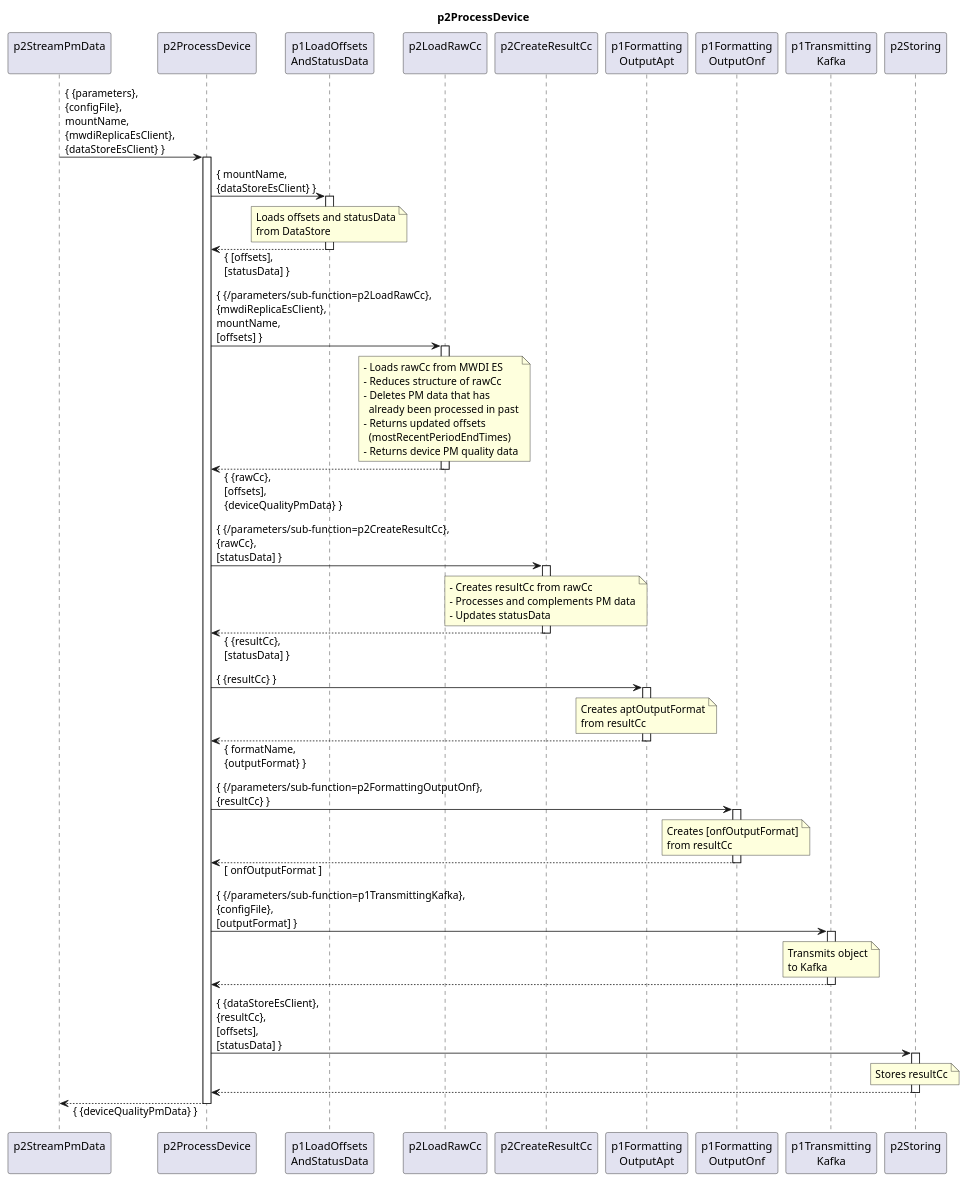
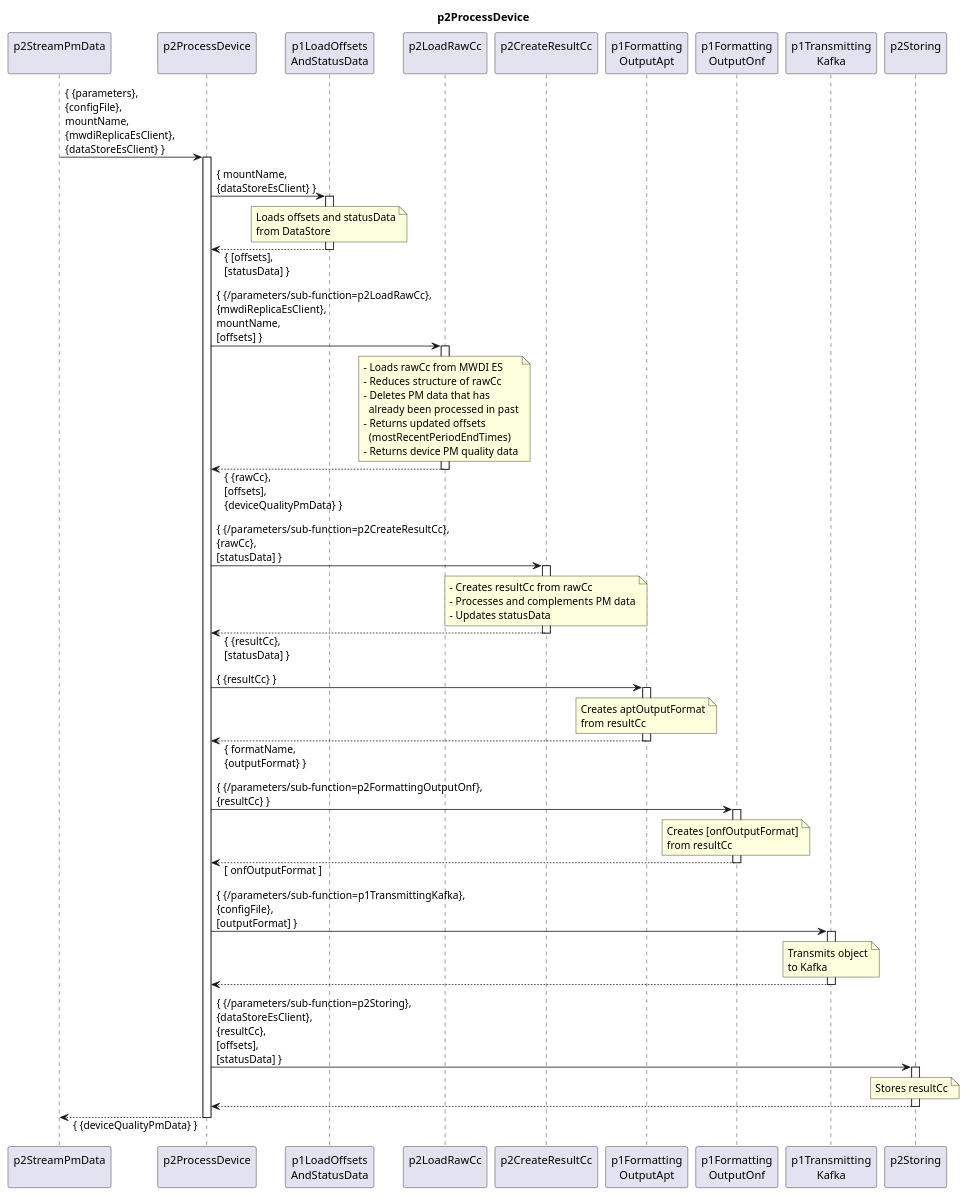
One commit to openBackhaul/DevicePerformanceManagementDataProcessor changed the diagram in spec/Functions/p2StreamPmData/p2ProcessDevice/1.0.0/p2ProcessDevice.plantuml. Above: the diagram before and after it, drawn with PlantUML. The commit also changed 20 other files, not shown here.

```diff
--- a/spec/Functions/p2StreamPmData/p2ProcessDevice/1.0.0/p2ProcessDevice.plantuml
+++ b/spec/Functions/p2StreamPmData/p2ProcessDevice/1.0.0/p2ProcessDevice.plantuml
@@ -1,114 +1,114 @@
 @startuml p2ProcessDevice
 skinparam responseMessageBelowArrow true
 
 title
   p2ProcessDevice
 end title
 
 participant "p2StreamPmData\n" as requestor
 participant "p2ProcessDevice\n" as cur
 participant "p1LoadOffsets\nAndStatusData" as p1Offset
 participant "p2LoadRawCc\n" as p2AddRaw
 participant "p2CreateResultCc\n" as p2CreateResCc
 participant "p1Formatting\nOutputApt" as p1OutputApt
 participant "p1Formatting\nOutputOnf" as p1OutputOnf
 participant "p1Transmitting\nKafka" as p1Trans
 participant "p2Storing\n" as p2Store
 
 requestor -> cur : { {parameters},\n{configFile},\nmountName,\n{mwdiReplicaEsClient},\n{dataStoreEsClient} }
 activate cur
 
   'LoadOffsetsAndStatusData
   cur -> p1Offset: { mountName,\n{dataStoreEsClient} }
   activate p1Offset
 
     note over p1Offset
       Loads offsets and statusData
       from DataStore
     end note
 
   cur <-- p1Offset: { [offsets],\n[statusData] }
   deactivate p1Offset
 
   'LoadRawCc
   cur -> p2AddRaw : { {/parameters/sub-function=p2LoadRawCc},\n{mwdiReplicaEsClient},\nmountName,\n[offsets] }
   activate p2AddRaw
 
     note over p2AddRaw
       - Loads rawCc from MWDI ES
       - Reduces structure of rawCc
       - Deletes PM data that has
         already been processed in past
       - Returns updated offsets
         (mostRecentPeriodEndTimes)
       - Returns device PM quality data
     end note
 
   cur <-- p2AddRaw : { {rawCc},\n[offsets],\n{deviceQualityPmData} }
   deactivate p2AddRaw
 
   'CreateResultCc
   cur -> p2CreateResCc : { {/parameters/sub-function=p2CreateResultCc},\n{rawCc},\n[statusData] }
   activate p2CreateResCc
 
     note over p2CreateResCc
       - Creates resultCc from rawCc
       - Processes and complements PM data
       - Updates statusData
     end note
 
   cur <-- p2CreateResCc :  { {resultCc},\n[statusData] }
   deactivate p2CreateResCc
 
   'FormattingOutputApt
   cur -> p1OutputApt : { {resultCc} }
   activate p1OutputApt
 
     note over p1OutputApt
       Creates aptOutputFormat
       from resultCc
     end note
 
   cur <-- p1OutputApt : { formatName,\n{outputFormat} }
   deactivate p1OutputApt
 
   'FormattingOutputOnf
   cur -> p1OutputOnf : { {/parameters/sub-function=p2FormattingOutputOnf},\n{resultCc} }
   activate p1OutputOnf
 
     note over p1OutputOnf
       Creates [onfOutputFormat]
       from resultCc
     end note
 
   cur <-- p1OutputOnf : [ onfOutputFormat ]
   deactivate p1OutputOnf
 
   'TransmittingKafka
   cur -> p1Trans : { {/parameters/sub-function=p1TransmittingKafka},\n{configFile},\n[outputFormat] }
   activate p1Trans
 
     note over p1Trans
       Transmits object
       to Kafka
     end note
 
   cur <-- p1Trans
   deactivate p1Trans
 
   'Storing
-  cur -> p2Store : { {dataStoreEsClient},\n{resultCc},\n[offsets],\n[statusData] }
+  cur -> p2Store : { {/parameters/sub-function=p2Storing},\n{dataStoreEsClient},\n{resultCc},\n[offsets],\n[statusData] }
   activate p2Store
 
     note over p2Store
       Stores resultCc
     end note
 
   cur <-- p2Store
   deactivate p2Store
 
   requestor <-- cur: { {deviceQualityPmData} }
 
 deactivate cur
 
 @enduml
```
